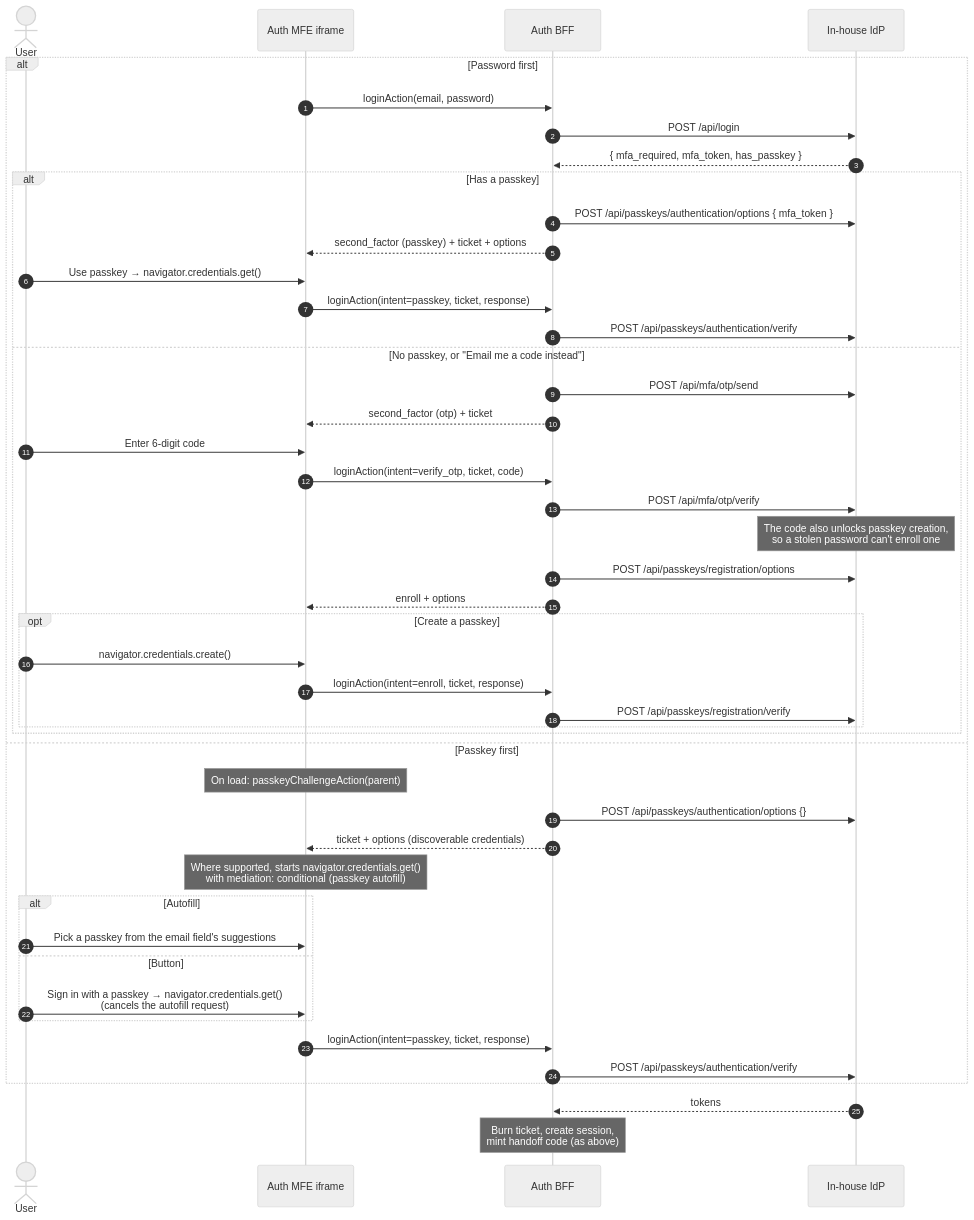
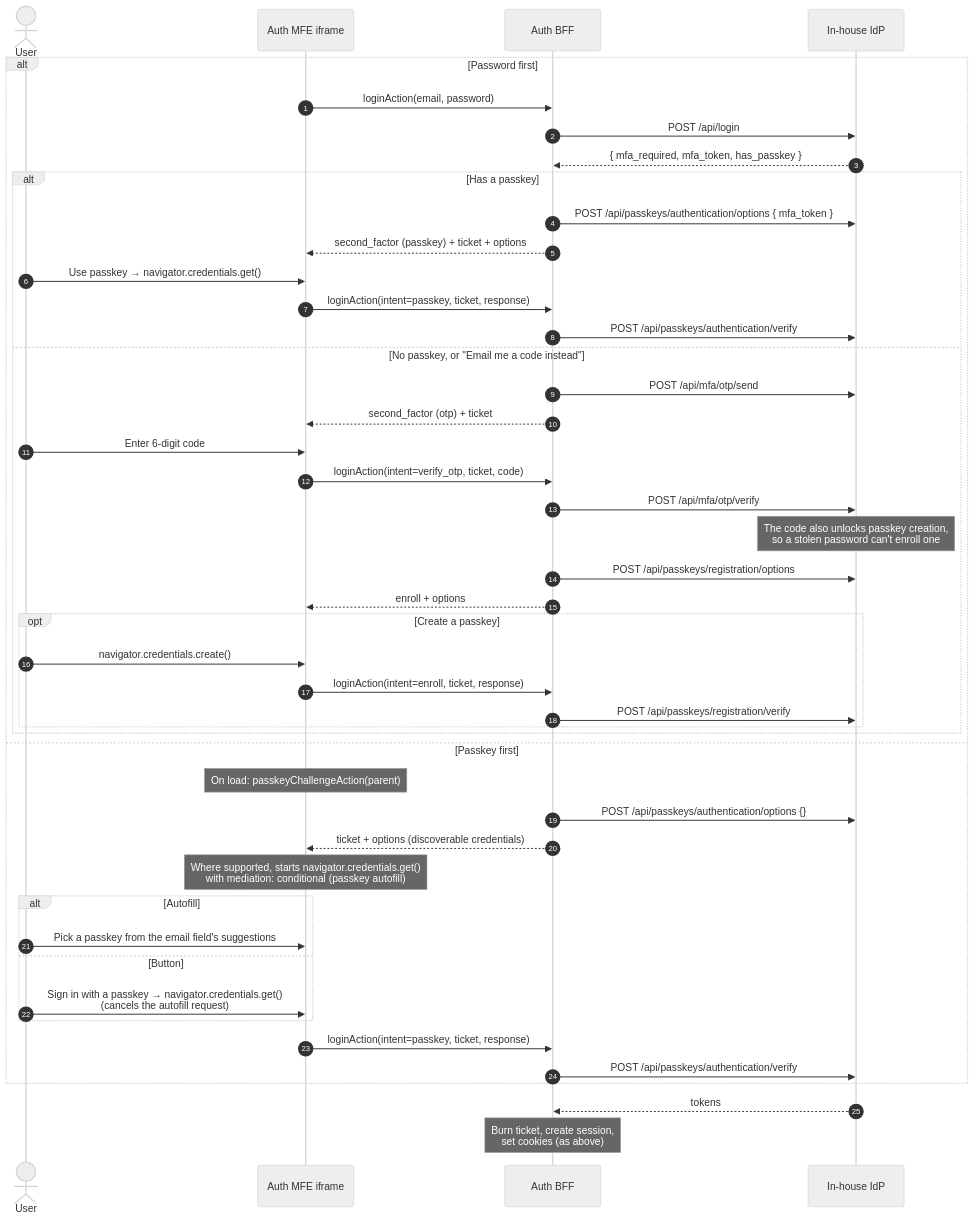
The fourth of 4 diagrams in docs/auth-flow.md (privacywithpavan/auth-mfe), drawn with Mermaid (neutral theme) before and after one commit. The commit also changed other lines of this file and 45 other files, not shown here.

````diff
--- a/docs/auth-flow.md
+++ b/docs/auth-flow.md
@@ -83,49 +198,49 @@
 ```mermaid
 sequenceDiagram
     autonumber
     actor U as User
     participant IF as Auth MFE iframe
     participant BFF as Auth BFF
     participant IdP as In-house IdP
 
     alt Password first
         IF->>BFF: loginAction(email, password)
         BFF->>IdP: POST /api/login
         IdP-->>BFF: { mfa_required, mfa_token, has_passkey }
         alt Has a passkey
             BFF->>IdP: POST /api/passkeys/authentication/options { mfa_token }
             BFF-->>IF: second_factor (passkey) + ticket + options
             U->>IF: Use passkey → navigator.credentials.get()
             IF->>BFF: loginAction(intent=passkey, ticket, response)
             BFF->>IdP: POST /api/passkeys/authentication/verify
         else No passkey, or "Email me a code instead"
             BFF->>IdP: POST /api/mfa/otp/send
             BFF-->>IF: second_factor (otp) + ticket
             U->>IF: Enter 6-digit code
             IF->>BFF: loginAction(intent=verify_otp, ticket, code)
             BFF->>IdP: POST /api/mfa/otp/verify
             Note over IdP: The code also unlocks passkey creation,<br/>so a stolen password can't enroll one
             BFF->>IdP: POST /api/passkeys/registration/options
             BFF-->>IF: enroll + options
             opt Create a passkey
                 U->>IF: navigator.credentials.create()
                 IF->>BFF: loginAction(intent=enroll, ticket, response)
                 BFF->>IdP: POST /api/passkeys/registration/verify
             end
         end
     else Passkey first
         Note over IF: On load: passkeyChallengeAction(parent)
         BFF->>IdP: POST /api/passkeys/authentication/options {}
         BFF-->>IF: ticket + options (discoverable credentials)
         Note over IF: Where supported, starts navigator.credentials.get()<br/>with mediation: conditional (passkey autofill)
         alt Autofill
             U->>IF: Pick a passkey from the email field's suggestions
         else Button
             U->>IF: Sign in with a passkey → navigator.credentials.get()<br/>(cancels the autofill request)
         end
         IF->>BFF: loginAction(intent=passkey, ticket, response)
         BFF->>IdP: POST /api/passkeys/authentication/verify
     end
     IdP-->>BFF: tokens
-    Note over BFF: Burn ticket, create session,<br/>mint handoff code (as above)
+    Note over BFF: Burn ticket, create session,<br/>set cookies (as above)
 ```
````
